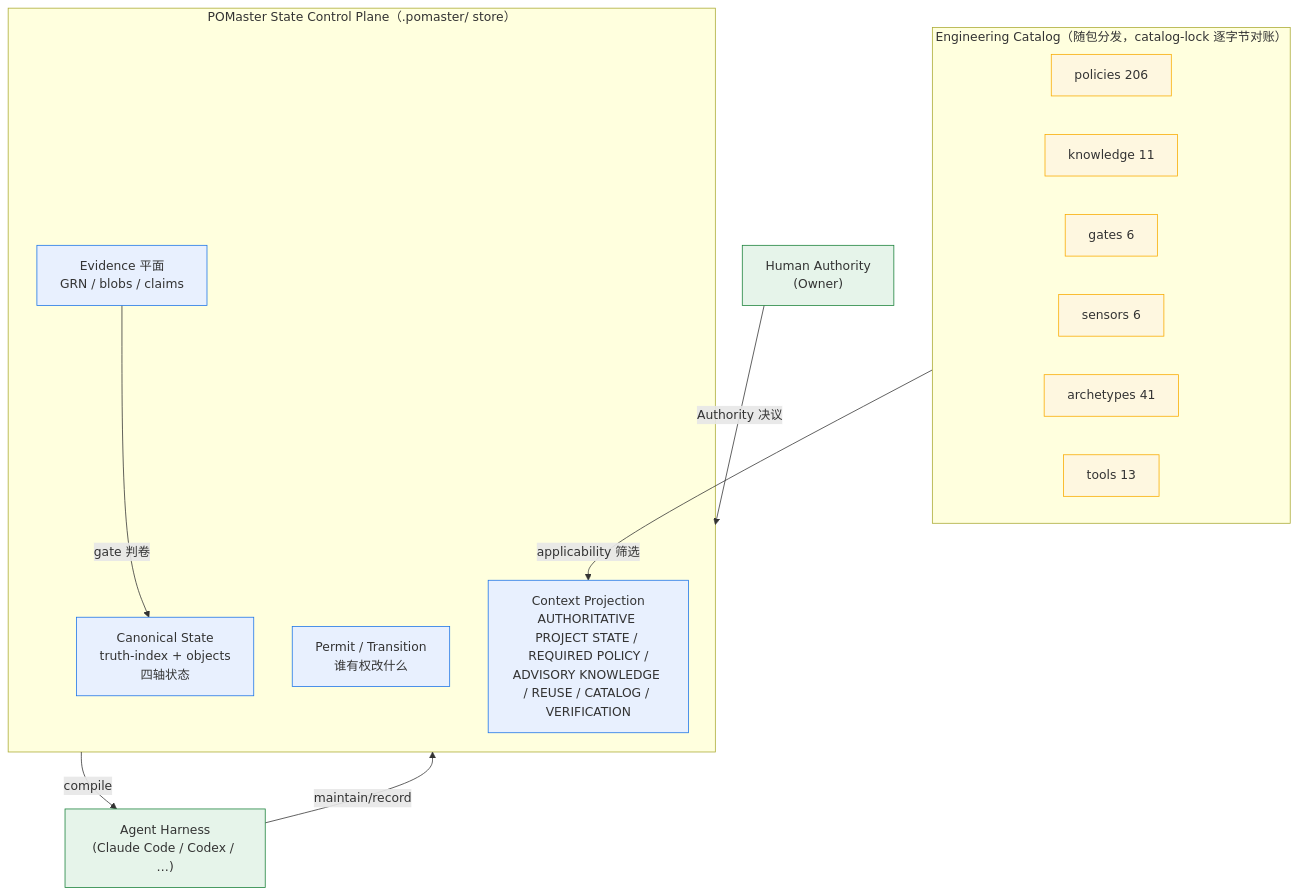
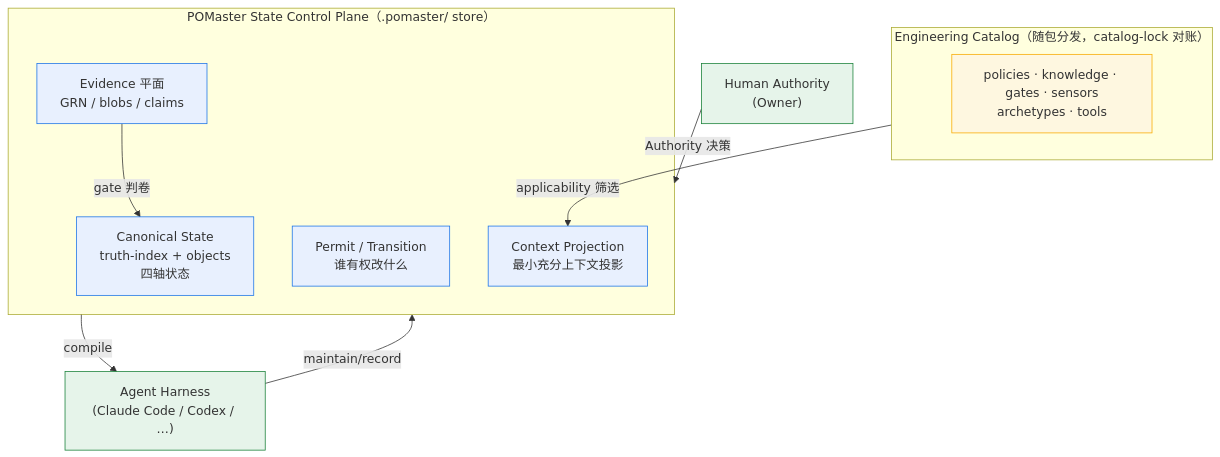
Before and after one commit to River-Singer/POMaster_VNext: the diagram in README.md, drawn with Mermaid. The commit also changed other lines of this file and 10 other files, not shown here.

Commit message:
docs(readme): 宣传向全量重写——画廊/工作流/基线/证据链四亮点+实截截图；技术细节迁 docs/init-reference.md；init 横幅与 AGENTS 加画廊指引；GitHub Pages 发布流（studio-pages.yml，Pages 子路径 base 门控）

````diff
--- a/README.md
+++ b/README.md
@@ -188,28 +190,23 @@
 ```mermaid
 flowchart TB
   subgraph PLANE["POMaster State Control Plane（.pomaster/ store）"]
     STATE["Canonical State<br/>truth-index + objects<br/>四轴状态"]:::core
     PERMIT["Permit / Transition<br/>谁有权改什么"]:::core
     EVI["Evidence 平面<br/>GRN / blobs / claims"]:::core
-    PROJ["Context Projection<br/>AUTHORITATIVE PROJECT STATE / REQUIRED POLICY /<br/>ADVISORY KNOWLEDGE / REUSE / CATALOG / VERIFICATION"]:::core
+    PROJ["Context Projection<br/>最小充分上下文投影"]:::core
   end
-  subgraph CAT["Engineering Catalog（随包分发，catalog-lock 逐字节对账）"]
-    POL["policies 206"]:::cat
-    KN["knowledge 11"]:::cat
-    GT["gates 6"]:::cat
-    SEN["sensors 6"]:::cat
-    ARC["archetypes 41"]:::cat
-    TOO["tools 13"]:::cat
+  subgraph CAT["Engineering Catalog（随包分发，catalog-lock 对账）"]
+    MAT["policies · knowledge · gates · sensors<br/>archetypes · tools"]:::cat
   end
   AGENT["Agent Harness<br/>(Claude Code / Codex / …)"]:::ext
   HUMAN["Human Authority<br/>(Owner)"]:::ext
 
-  HUMAN -- Authority 决议 --> PLANE
+  HUMAN -- Authority 决策 --> PLANE
   PLANE -- compile --> AGENT
   AGENT -- maintain/record --> PLANE
   CAT -- applicability 筛选 --> PROJ
   EVI -- gate 判卷 --> STATE
   classDef core fill:#e8f0fe,stroke:#1a73e8
   classDef cat fill:#fef7e0,stroke:#f9ab00
   classDef ext fill:#e6f4ea,stroke:#188038
 ```
````
